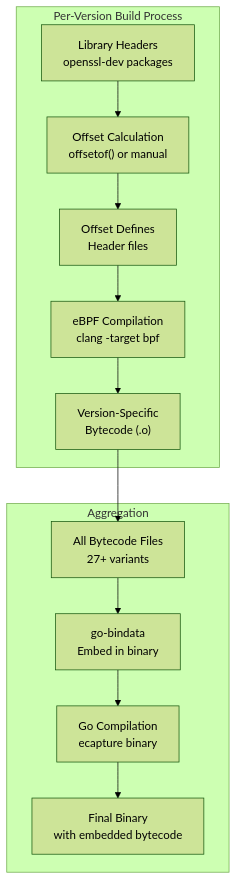
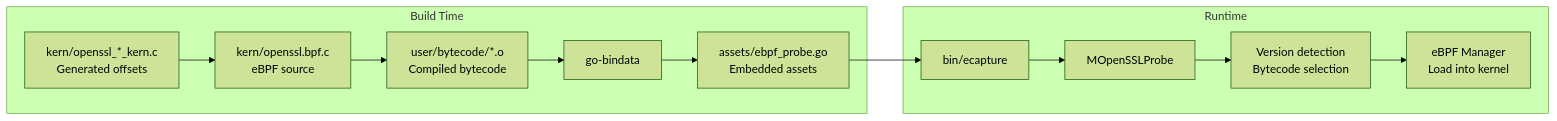
One commit to gojue/ecapture.cc changed the fifth of 5 diagrams in src/en/5-development-guide/5.2.2-structure-offset-calculation.md. Above: the diagram before and after it, drawn with Mermaid (forest theme). The commit also changed other lines of this file and 115 other files, not shown here.

````diff
--- a/src/en/5-development-guide/5.2.2-structure-offset-calculation.md
+++ b/src/en/5-development-guide/5.2.2-structure-offset-calculation.md
@@ -447,27 +464,27 @@
 ```mermaid
-graph TB
-    subgraph "Per-Version Build Process"
-        HEADERS["Library Headers<br/>openssl-dev packages"]
-        CALC["Offset Calculation<br/>offsetof() or manual"]
-        DEFINES["Offset Defines<br/>Header files"]
-        COMPILE["eBPF Compilation<br/>clang -target bpf"]
-        BYTECODE["Version-Specific<br/>Bytecode (.o)"]
+graph LR
+    subgraph "Build Time"
+        HEADER["kern/openssl_*_kern.c<br/>Generated offsets"]
+        EBPF_SRC["kern/openssl.bpf.c<br/>eBPF source"]
+        BYTECODE["user/bytecode/*.o<br/>Compiled bytecode"]
+        EMBED["go-bindata"]
+        ASSETS["assets/ebpf_probe.go<br/>Embedded assets"]
     end
     
-    subgraph "Aggregation"
-        ALL_BYTECODE["All Bytecode Files<br/>27+ variants"]
-        BINDATA["go-bindata<br/>Embed in binary"]
-        GO_BUILD["Go Compilation<br/>ecapture binary"]
-        FINAL["Final Binary<br/>with embedded bytecode"]
+    subgraph "Runtime"
+        BINARY["bin/ecapture"]
+        MODULE["MOpenSSLProbe"]
+        SELECT["Version detection<br/>Bytecode selection"]
+        LOAD["eBPF Manager<br/>Load into kernel"]
     end
     
-    HEADERS --> CALC
-    CALC --> DEFINES
-    DEFINES --> COMPILE
-    COMPILE --> BYTECODE
+    HEADER --> EBPF_SRC
+    EBPF_SRC --> BYTECODE
+    BYTECODE --> EMBED
+    EMBED --> ASSETS
+    ASSETS --> BINARY
     
-    BYTECODE --> ALL_BYTECODE
-    ALL_BYTECODE --> BINDATA
-    BINDATA --> GO_BUILD
-    GO_BUILD --> FINAL
+    BINARY --> MODULE
+    MODULE --> SELECT
+    SELECT --> LOAD
 ```
````
